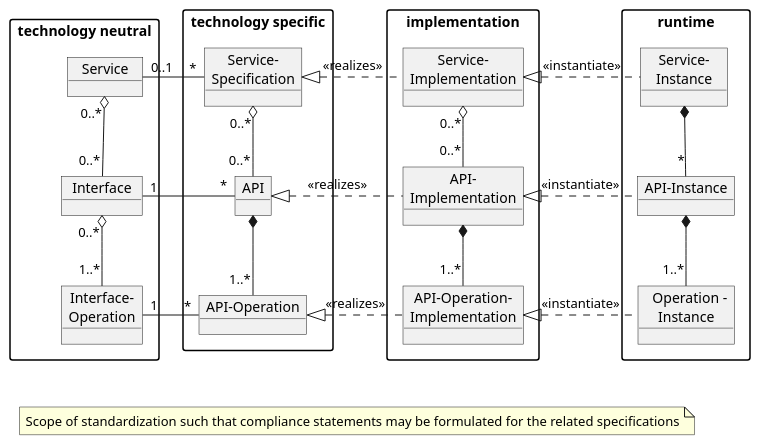
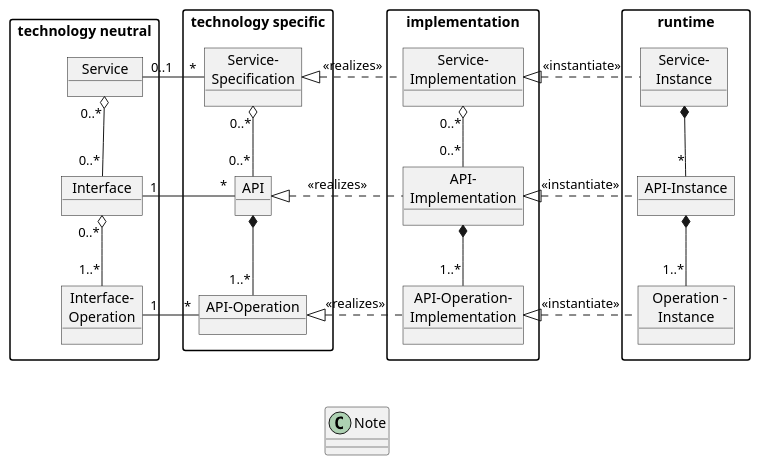
Before and after one commit to admin-shell-io/aas-specs-api: the diagram in documentation/IDTA-01002-3/modules/ROOT/partials/diagrams/i40-service-model.puml, drawn with PlantUML. The commit also changed 2 other files, not shown here.

```diff
--- a/documentation/IDTA-01002-3/modules/ROOT/partials/diagrams/i40-service-model.puml
+++ b/documentation/IDTA-01002-3/modules/ROOT/partials/diagrams/i40-service-model.puml
@@ -1,57 +1,55 @@
 @startuml
 skinparam packageStyle rectangle
 
 package "technology neutral" as tn {
   object "  Service  " as Service
   object " Interface " as Interface
   object "Interface-\nOperation" as i_op
 
   Service "0..*" o-- "0..*" Interface
   Interface "0..*" o-- "1..*" i_op
 }
 
 package "technology specific" as ts {
   object "Service-\nSpecification" as service_spec
   object API
   object "API-Operation" as api_op
 
   service_spec "0..*" o-- "0..*" API
   API *-- "1..*" api_op
 }
 
 package implementation {
   object "Service-\nImplementation" as service_impl
   object "API-\nImplementation" as api_impl
   object "API-Operation-\nImplementation" as api_op_impl
 
   service_impl "0..*" o-- "0..*" api_impl
   api_impl *-- "1..*" api_op_impl
 }
 
 package runtime {
   object "   Service-   \nInstance" as service_instance
   object "API-Instance" as api_instance
   object "  Operation -\nInstance" as op_instance
 
   service_instance *-- "*" api_instance
   api_instance *-- "1..*" op_instance
 }
 
 Service "0..1" - "*" service_spec
 Interface "1" - "*" API
 i_op "1" - "*" api_op
 
 service_spec <|.  service_impl: <<realizes>>
 API <|.   api_impl: <<realizes>>
 api_op <|.   api_op_impl: <<realizes>>
 
 service_impl <|. service_instance: <<instantiate>>
 api_impl <|. api_instance: <<instantiate>>
 api_op_impl <|. op_instance: <<instantiate>>
 
-note "Scope of standardization such that compliance statements may be formulated for the related specifications" as Note
-
 api_op .[hidden]. Note
 api_op_impl .[hidden]. Note
 
 @enduml
```
